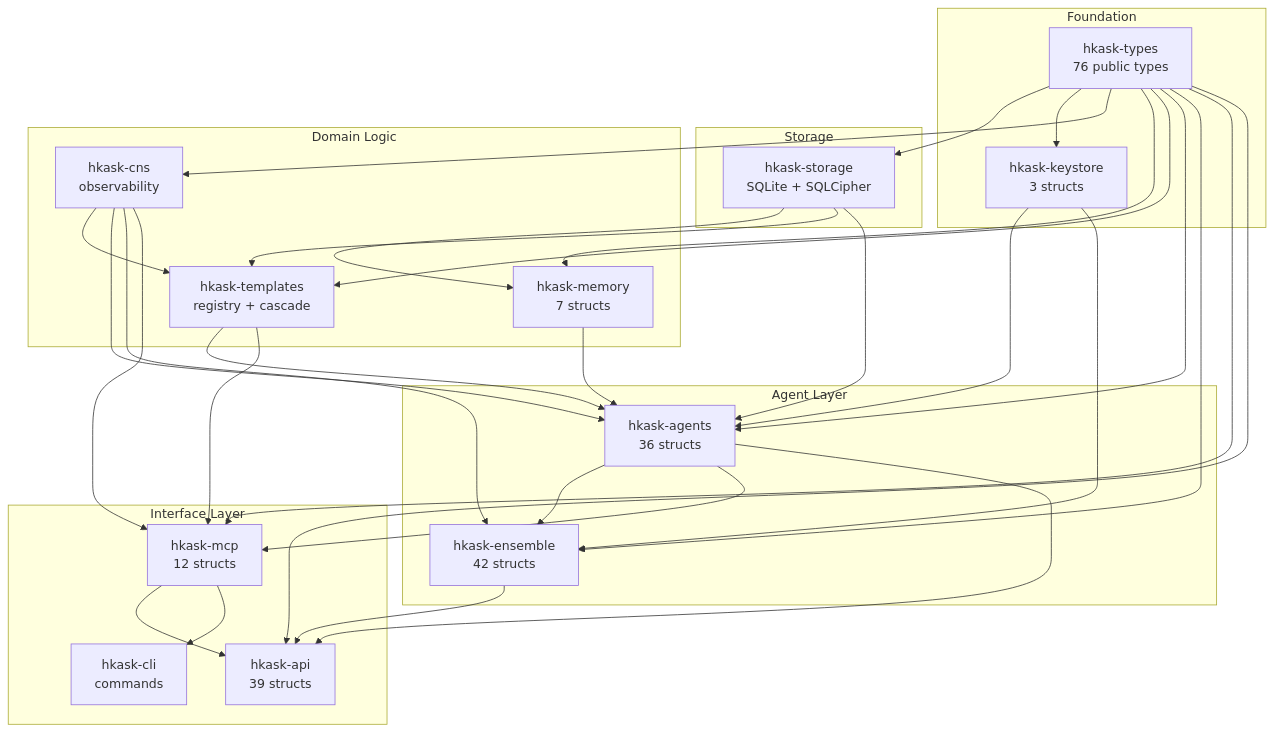
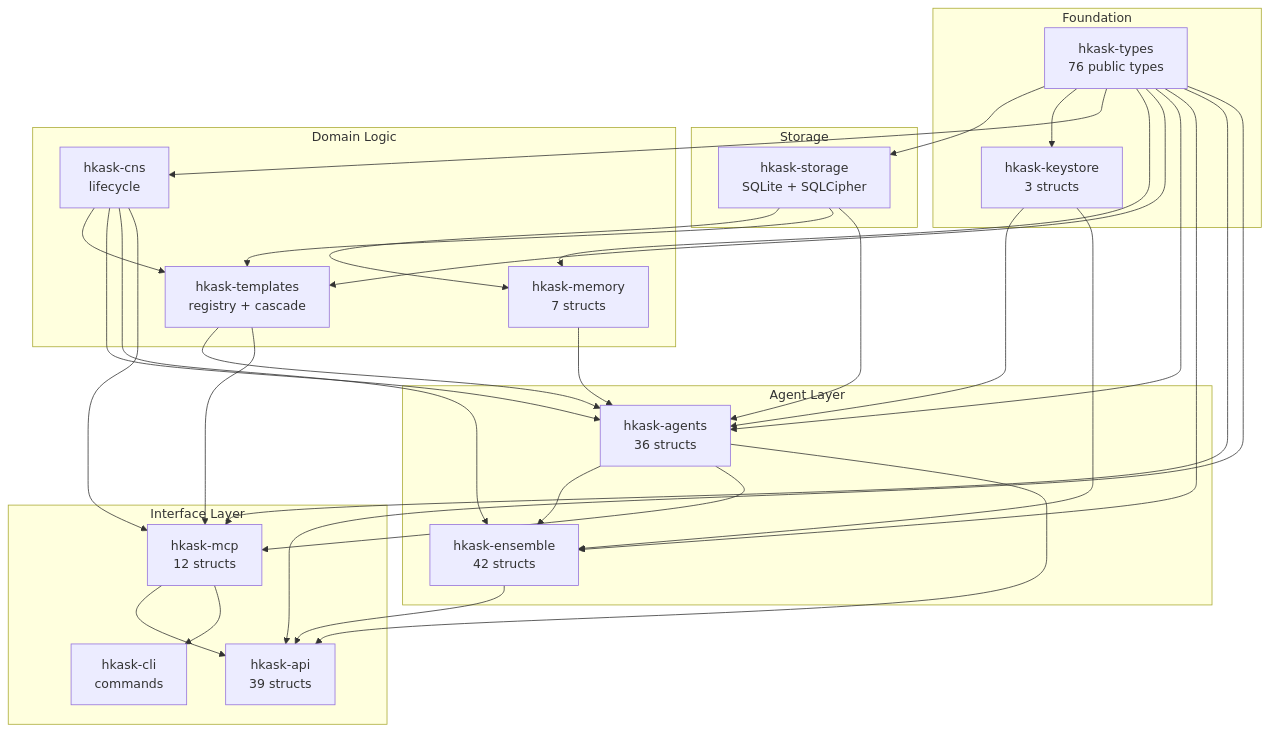
Before and after one commit to mdz-axo/hKask: diagram 12 of 12 in docs/architecture/reference/subsystem-erds.md, drawn with Mermaid. The commit also changed other lines of this file and 58 other files, not shown here.

````diff
--- a/docs/architecture/reference/subsystem-erds.md
+++ b/docs/architecture/reference/subsystem-erds.md
@@ -1176,64 +1176,64 @@
 ```mermaid
 graph TB
     subgraph "Foundation"
         TYPES[hkask-types<br/>76 public types]
         KEYSTORE[hkask-keystore<br/>3 structs]
     end
 
     subgraph "Storage"
         STORAGE[hkask-storage<br/>SQLite + SQLCipher]
     end
 
     subgraph "Domain Logic"
         MEMORY[hkask-memory<br/>7 structs]
-        CNS[hkask-cns<br/>observability]
+        CNS[hkask-cns<br/>lifecycle]
         TEMPLATES[hkask-templates<br/>registry + cascade]
     end
 
     subgraph "Agent Layer"
         AGENTS[hkask-agents<br/>36 structs]
         ENSEMBLE[hkask-ensemble<br/>42 structs]
     end
 
     subgraph "Interface Layer"
         MCP[hkask-mcp<br/>12 structs]
         API[hkask-api<br/>39 structs]
         CLI[hkask-cli<br/>commands]
     end
 
     TYPES --> STORAGE
     TYPES --> KEYSTORE
     TYPES --> CNS
     TYPES --> MEMORY
     TYPES --> TEMPLATES
     TYPES --> AGENTS
     TYPES --> ENSEMBLE
     TYPES --> MCP
     TYPES --> API
 
     STORAGE --> MEMORY
     STORAGE --> TEMPLATES
     STORAGE --> AGENTS
 
     KEYSTORE --> AGENTS
     KEYSTORE --> ENSEMBLE
 
     CNS --> TEMPLATES
     CNS --> AGENTS
     CNS --> ENSEMBLE
     CNS --> MCP
 
     MEMORY --> AGENTS
 
     TEMPLATES --> AGENTS
     TEMPLATES --> MCP
 
     AGENTS --> ENSEMBLE
     AGENTS --> MCP
     AGENTS --> API
 
     MCP --> API
     MCP --> CLI
 
     ENSEMBLE --> API
 ```
````
